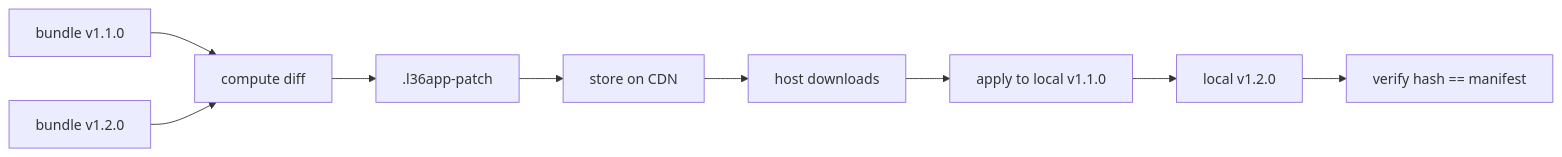
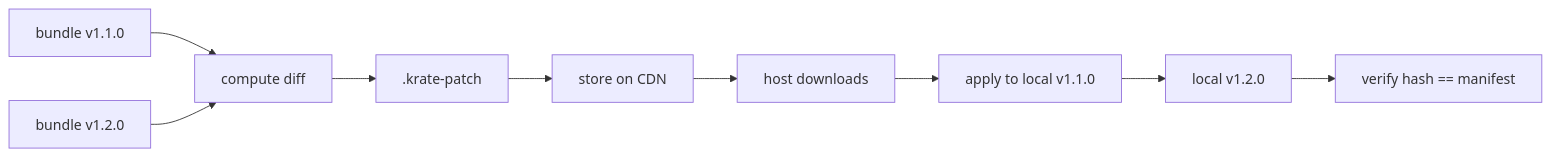
One commit to incyashraj/krate changed the eighth of 9 diagrams in Plan/Phase-6-Plan.md. Above: the diagram before and after it, drawn with Mermaid. The commit also changed other lines of this file and 13 other files, not shown here.

First line of the commit message:
docs: sweep .l36app to .krate and record the completed rename

````diff
--- a/Plan/Phase-6-Plan.md
+++ b/Plan/Phase-6-Plan.md
@@ -672,11 +672,11 @@
 ```mermaid
 flowchart LR
     V1[bundle v1.1.0] --> DIFF[compute diff]
     V2[bundle v1.2.0] --> DIFF
-    DIFF --> PATCH[.l36app-patch]
+    DIFF --> PATCH[.krate-patch]
     PATCH --> S3[store on CDN]
     S3 --> HOST[host downloads]
     HOST --> APPLY[apply to local v1.1.0]
     APPLY --> V2L[local v1.2.0]
     V2L --> VERIFY[verify hash == manifest]
 ```
````
